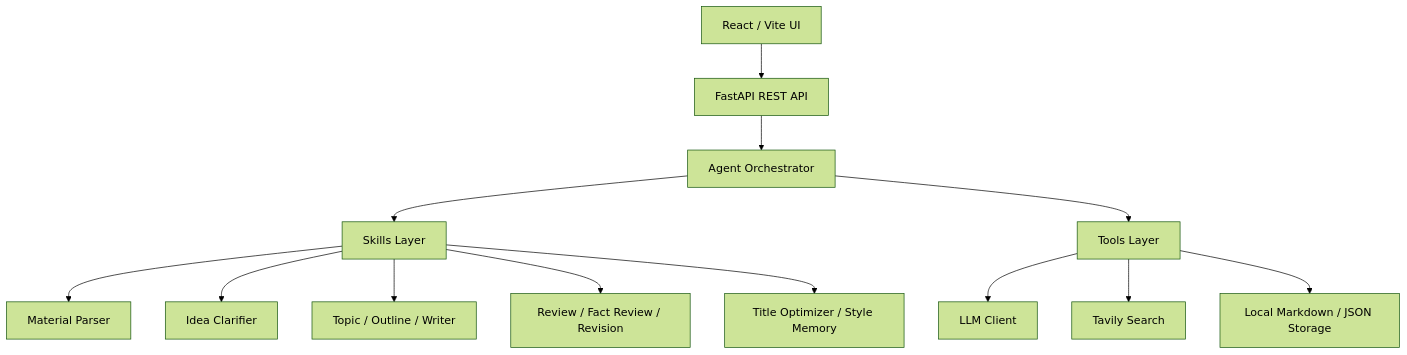
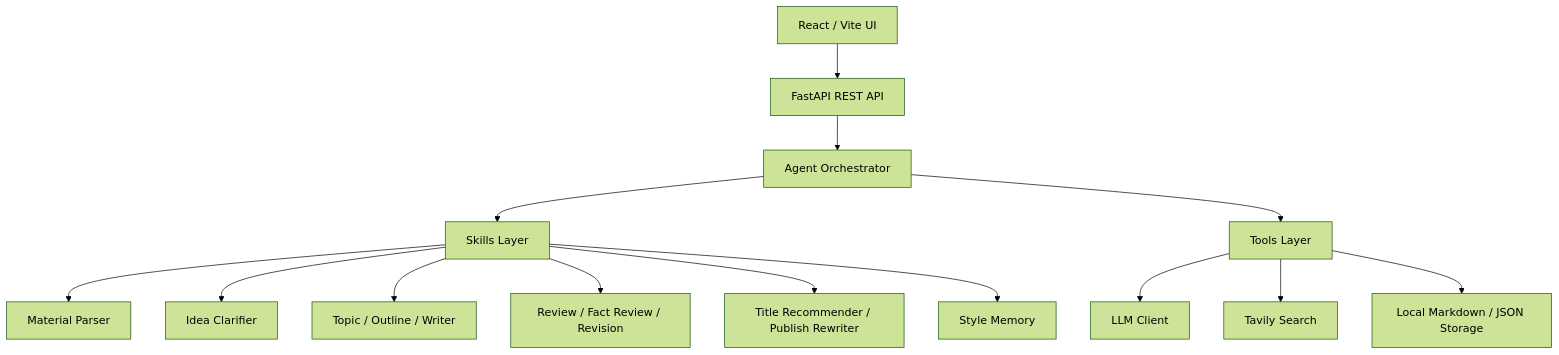
One commit to yuzhao6chen/NoteForge-AI changed the third of 3 diagrams in README.md. Above: the diagram before and after it, drawn with Mermaid (forest theme). The commit also changed other lines of this file, not shown here.

````diff
--- a/README.md
+++ b/README.md
@@ -62,15 +86,16 @@
 ```mermaid
 flowchart TB
   UI[React / Vite UI] --> API[FastAPI REST API]
   API --> Agent[Agent Orchestrator]
   Agent --> Skills[Skills Layer]
   Agent --> Tools[Tools Layer]
   Skills --> S1[Material Parser]
   Skills --> S2[Idea Clarifier]
   Skills --> S3[Topic / Outline / Writer]
   Skills --> S4[Review / Fact Review / Revision]
-  Skills --> S5[Title Optimizer / Style Memory]
+  Skills --> S5[Title Recommender / Publish Rewriter]
+  Skills --> S6[Style Memory]
   Tools --> T1[LLM Client]
   Tools --> T2[Tavily Search]
   Tools --> T3[Local Markdown / JSON Storage]
 ```
````
